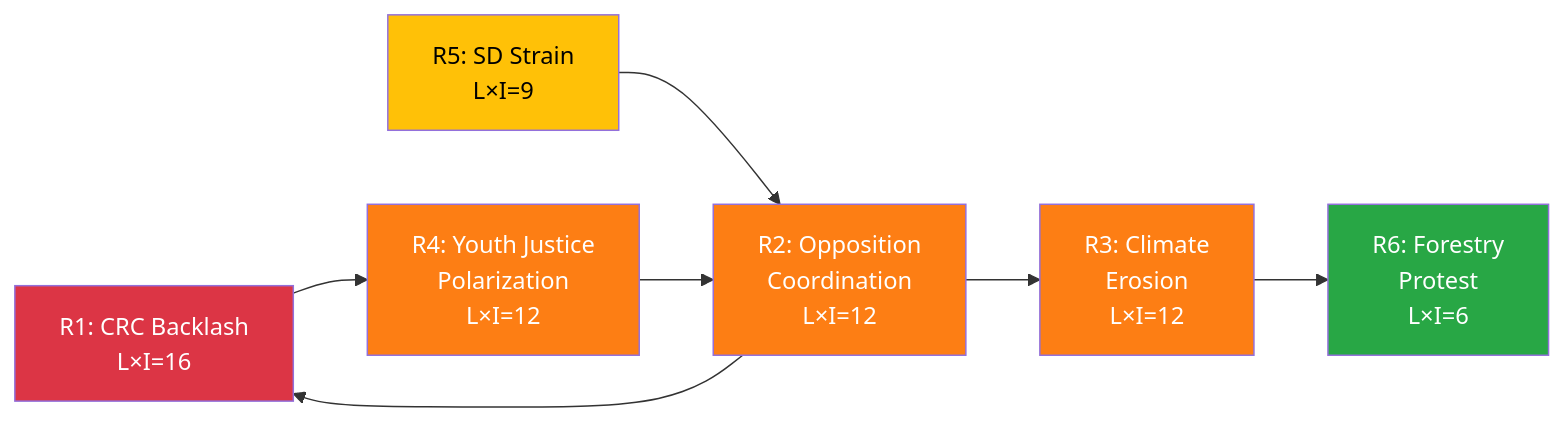
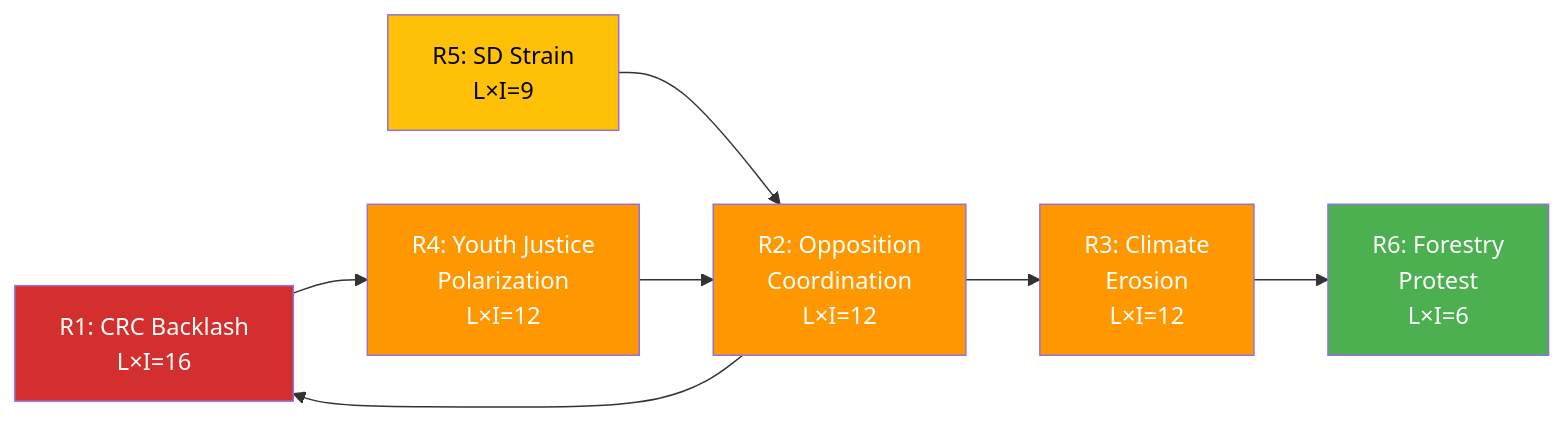
The third of 3 diagrams in analysis/daily/2026-04-16/evening-analysis/risk-assessment.md (Hack23/riksdagsmonitor), drawn with Mermaid before and after one commit. The commit also changed other lines of this file and 785 other files, not shown here.

First line of the commit message:
Normalize mermaid colors across 786 analysis artifacts to ISMS Style Guide palette

````diff
--- a/analysis/daily/2026-04-16/evening-analysis/risk-assessment.md
+++ b/analysis/daily/2026-04-16/evening-analysis/risk-assessment.md
@@ -110,16 +110,16 @@
 ```mermaid
 graph LR
     R1["R1: CRC Backlash<br/>L×I=16"] --> R4["R4: Youth Justice<br/>Polarization<br/>L×I=12"]
     R3["R3: Climate<br/>Erosion<br/>L×I=12"] --> R6["R6: Forestry<br/>Protest<br/>L×I=6"]
     R2["R2: Opposition<br/>Coordination<br/>L×I=12"] --> R1
     R2 --> R3
     R5["R5: SD Strain<br/>L×I=9"] --> R2
     R4 --> R2
     
-    style R1 fill:#dc3545,color:#fff
-    style R2 fill:#fd7e14,color:#fff
-    style R3 fill:#fd7e14,color:#fff
-    style R4 fill:#fd7e14,color:#fff
-    style R5 fill:#ffc107,color:#000
-    style R6 fill:#28a745,color:#fff
+    style R1 fill:#D32F2F,color:#FFFFFF
+    style R2 fill:#FF9800,color:#FFFFFF
+    style R3 fill:#FF9800,color:#FFFFFF
+    style R4 fill:#FF9800,color:#FFFFFF
+    style R5 fill:#FFC107,color:#000000
+    style R6 fill:#4CAF50,color:#FFFFFF
 ```
````
